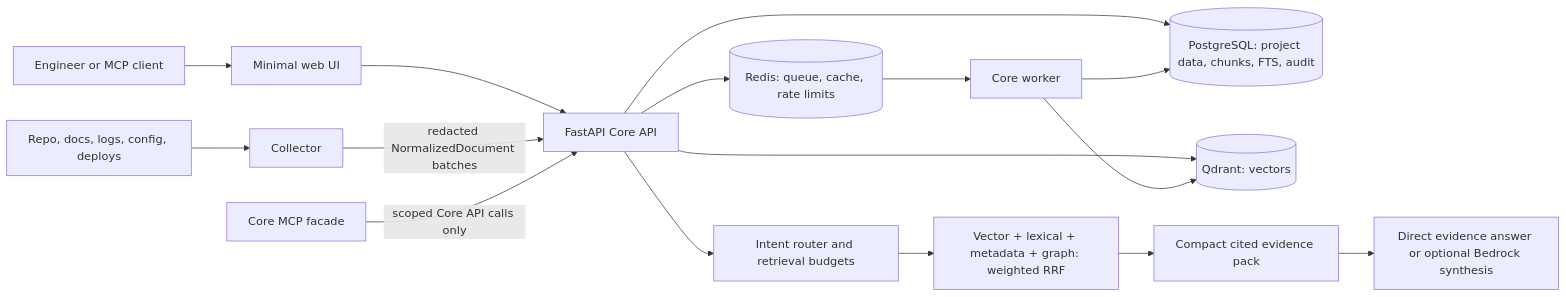
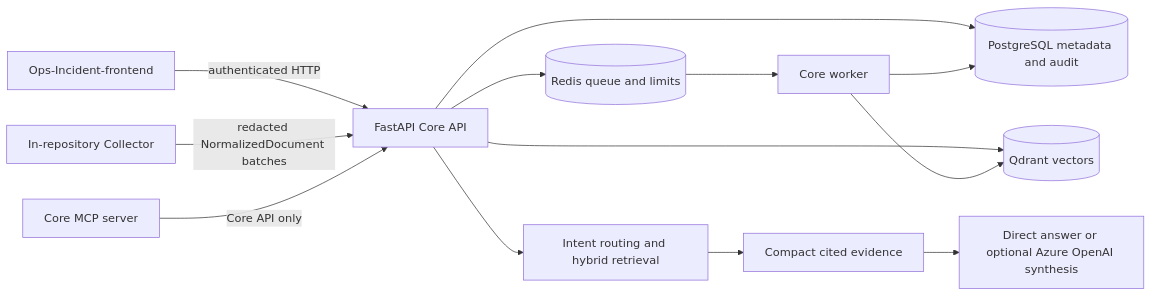
Before and after one commit to Auro-rium/Ops-Incident-Core: the diagram in README.md, drawn with Mermaid. The commit also changed other lines of this file and 91 other files, not shown here.

Commit message:
Finalize Azure V2 architecture and cleanup

````diff
--- a/README.md
+++ b/README.md
@@ -41,18 +28,15 @@
-```mermaid
+~~~mermaid
 flowchart LR
-  User[Engineer or MCP client] --> UI[Minimal web UI]
-  UI --> API[FastAPI Core API]
-  Source[Repo, docs, logs, config, deploys] --> Collector[Collector]
-  Collector -->|redacted NormalizedDocument batches| API
-  API --> PG[(PostgreSQL: project data, chunks, FTS, audit)]
-  API --> QD[(Qdrant: vectors)]
-  API --> Redis[(Redis: queue, cache, rate limits)]
-  Redis --> Worker[Core worker]
-  Worker --> PG
-  Worker --> QD
-  API --> Router[Intent router and retrieval budgets]
-  Router --> Fusion[Vector + lexical + metadata + graph: weighted RRF]
-  Fusion --> Evidence[Compact cited evidence pack]
-  Evidence --> Answer[Direct evidence answer or optional Bedrock synthesis]
-  MCP[Core MCP facade] -->|scoped Core API calls only| API
-```
+  F[Ops-Incident-frontend] -->|authenticated HTTP| API[FastAPI Core API]
+  C[In-repository Collector] -->|redacted NormalizedDocument batches| API
+  API --> PG[(PostgreSQL metadata and audit)]
+  API --> Q[(Qdrant vectors)]
+  API --> R[(Redis queue and limits)]
+  R --> W[Core worker]
+  W --> PG
+  W --> Q
+  API --> RET[Intent routing and hybrid retrieval]
+  RET --> E[Compact cited evidence]
+  E --> A[Direct answer or optional Azure OpenAI synthesis]
+  M[Core MCP server] -->|Core API only| API
+~~~
````
